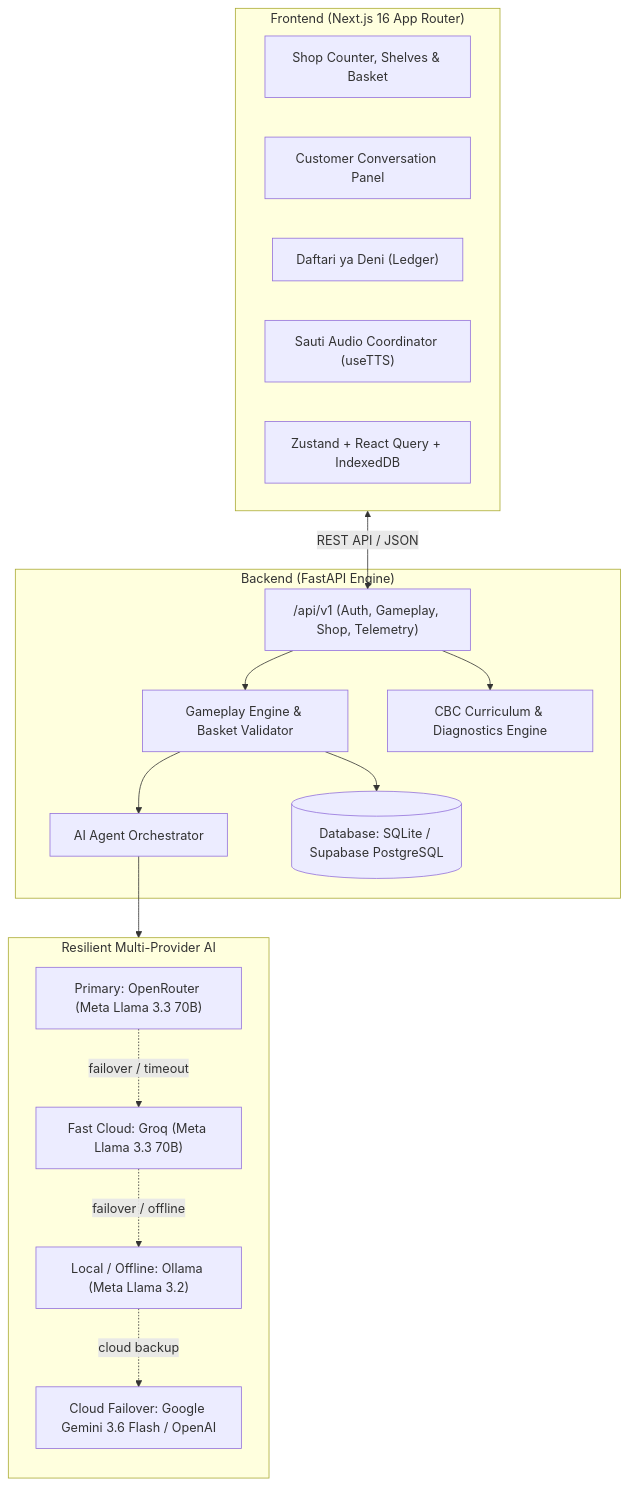
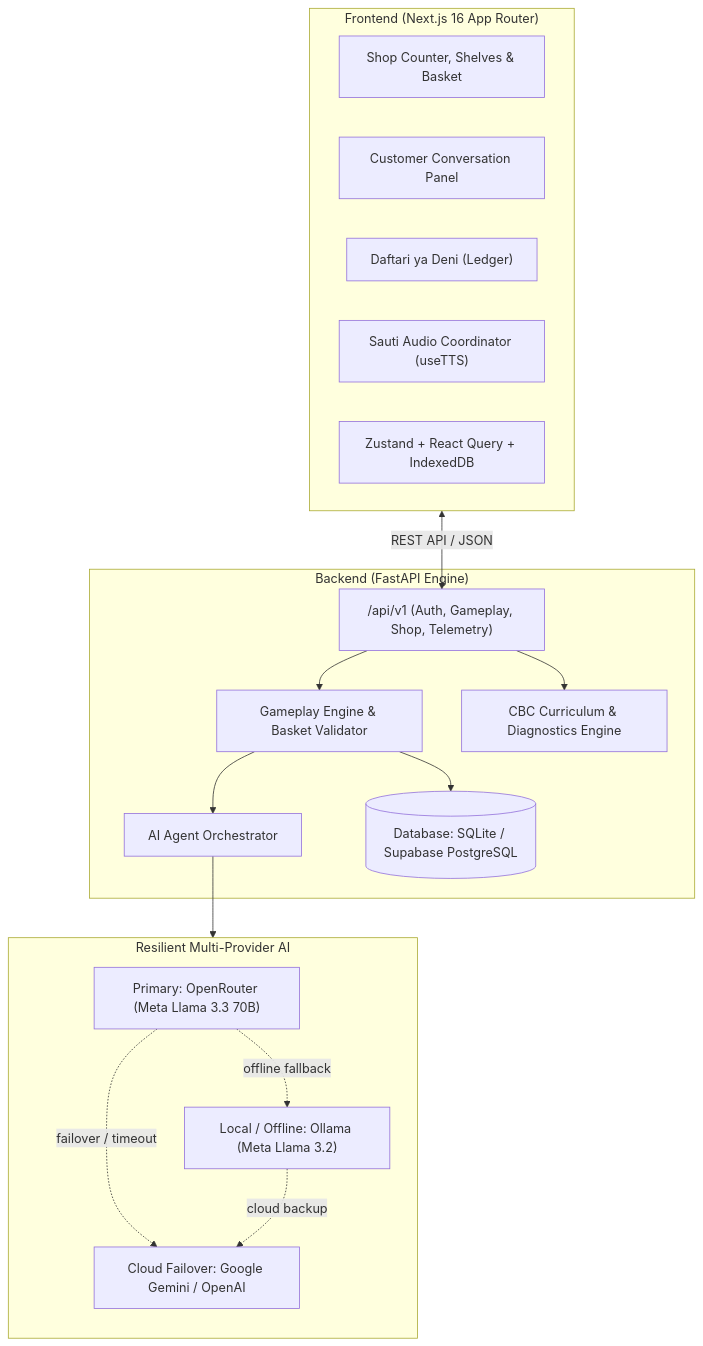
One commit to lemonhead-ai/SmartDuka changed the diagram in README.md. Above: the diagram before and after it, drawn with Mermaid. The commit also changed other lines of this file and 22 other files, not shown here.

Commit message:
feat: add AI agent runtime, backend infrastructure, agent architecture documentation, and frontend game components

````diff
--- a/README.md
+++ b/README.md
@@ -52,38 +51,37 @@
 ```mermaid
 graph TD
     subgraph Client ["Frontend (Next.js 16 App Router)"]
         UI["Shop Counter, Shelves & Basket"]
         Chat["Customer Conversation Panel"]
         Deni["Daftari ya Deni (Ledger)"]
         TTS["Sauti Audio Coordinator (useTTS)"]
         State["Zustand + React Query + IndexedDB"]
     end
 
     subgraph Server ["Backend (FastAPI Engine)"]
         Router["/api/v1 (Auth, Gameplay, Shop, Telemetry)"]
         Engine["Gameplay Engine & Basket Validator"]
         CBC["CBC Curriculum & Diagnostics Engine"]
         Orchestrator["AI Agent Orchestrator"]
         DB[("Database: SQLite / Supabase PostgreSQL")]
         
         Router --> Engine
         Router --> CBC
         Engine --> DB
         Engine --> Orchestrator
     end
 
     subgraph AI_Layer ["Resilient Multi-Provider AI"]
         direction TB
         P1["Primary: OpenRouter (Meta Llama 3.3 70B)"]
-        P2["Fast Cloud: Groq (Meta Llama 3.3 70B)"]
-        P3["Local / Offline: Ollama (Meta Llama 3.2)"]
-        P4["Cloud Failover: Google Gemini 3.6 Flash / OpenAI"]
+        P2["Local / Offline: Ollama (Meta Llama 3.2)"]
+        P3["Cloud Failover: Google Gemini / OpenAI"]
         
         Orchestrator --> P1
-        P1 -.->|failover / timeout| P2
-        P2 -.->|failover / offline| P3
-        P3 -.->|cloud backup| P4
+        P1 -.->|failover / timeout| P3
+        P1 -.->|offline fallback| P2
+        P2 -.->|cloud backup| P3
     end
 
     Client <-->|REST API / JSON| Router
 ```
````
